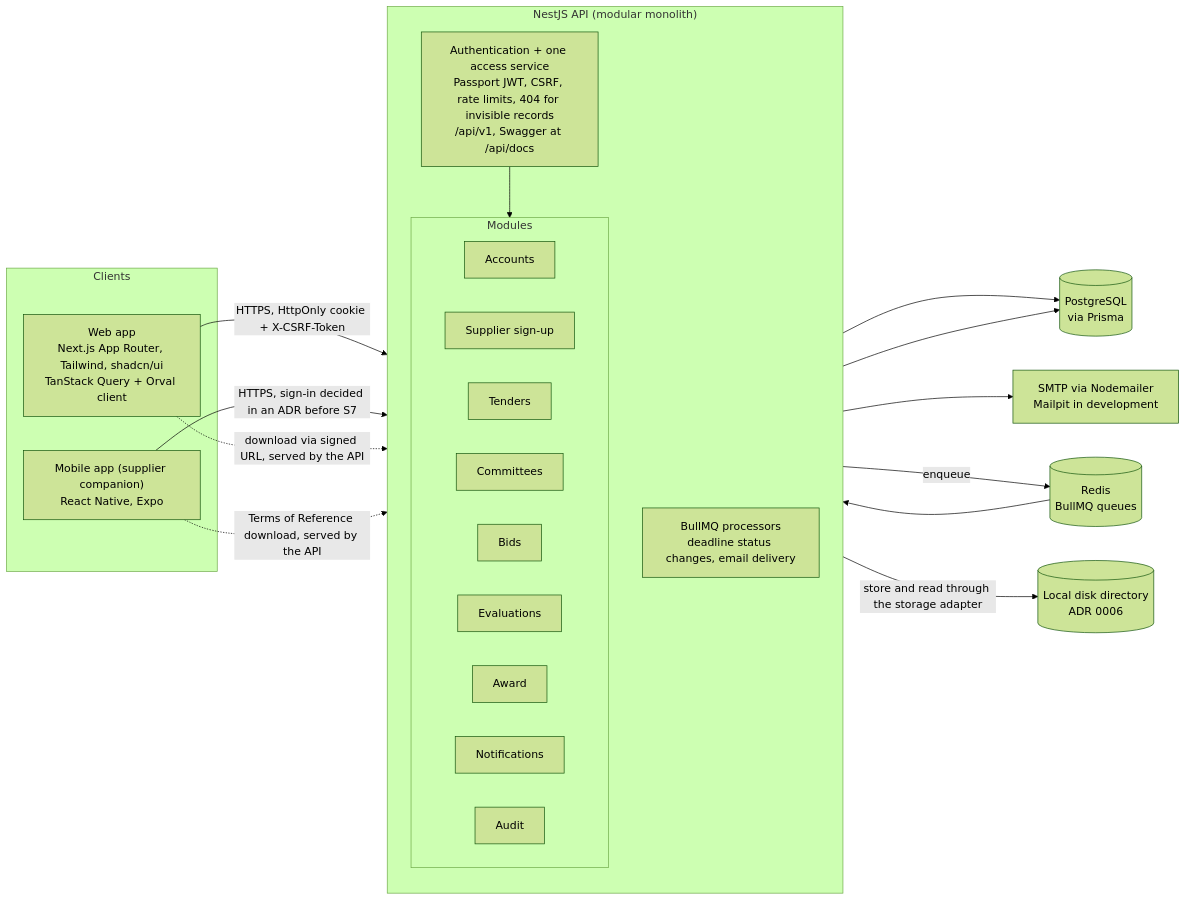
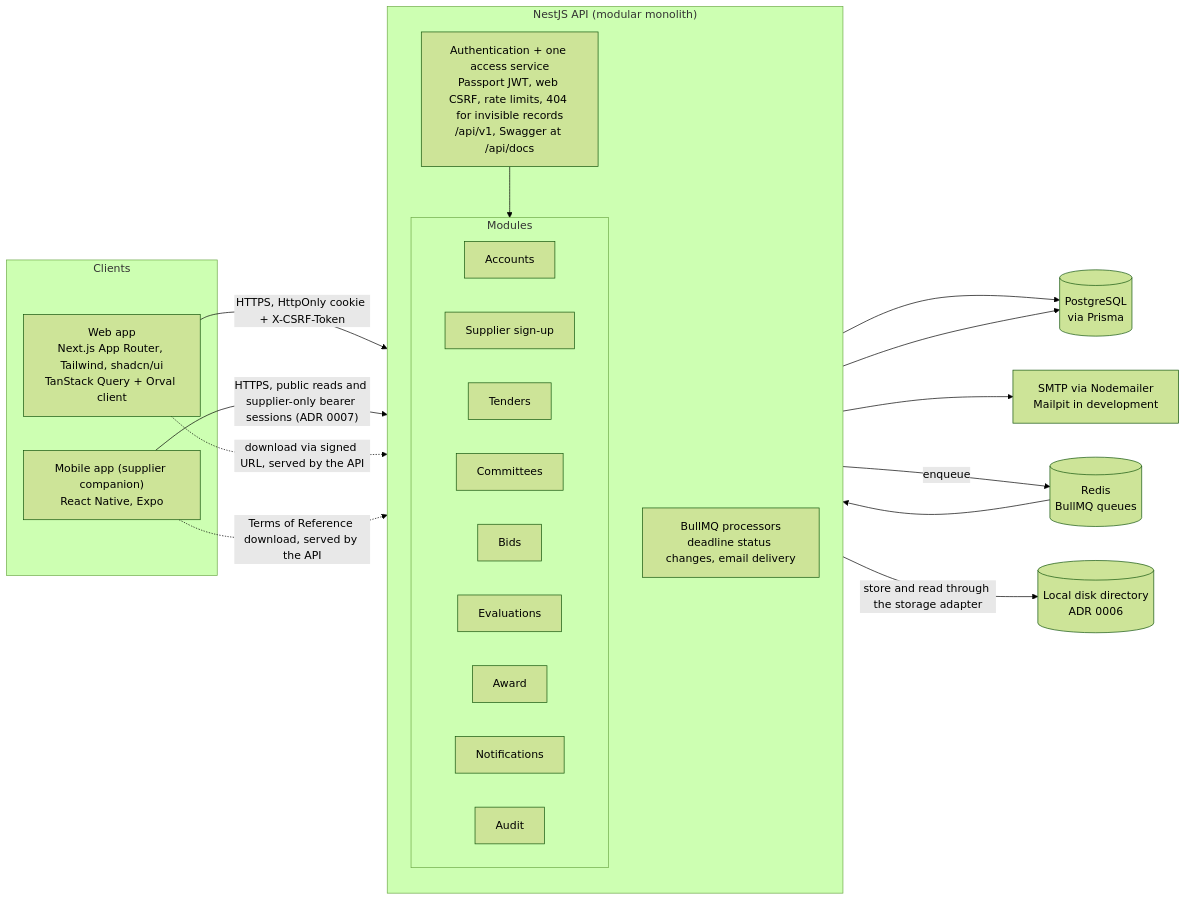
Before and after one commit to majedhmoud/b4f-akf-tender-supplier-management: the diagram in docs/05_ARCHITECTURE/ARCHITECTURE.md, drawn with Mermaid (forest theme). The commit also changed other lines of this file and 119 other files, not shown here.

````diff
--- a/docs/05_ARCHITECTURE/ARCHITECTURE.md
+++ b/docs/05_ARCHITECTURE/ARCHITECTURE.md
@@ -9,42 +9,42 @@
 ```mermaid
 flowchart LR
   subgraph Clients
     WEB["Web app<br/>Next.js App Router, Tailwind, shadcn/ui<br/>TanStack Query + Orval client"]
     MOB["Mobile app (supplier companion)<br/>React Native, Expo"]
   end
 
   subgraph API["NestJS API (modular monolith)"]
     direction TB
-    GUARD["Authentication + one access service<br/>Passport JWT, CSRF, rate limits, 404 for invisible records<br/>/api/v1, Swagger at /api/docs"]
+    GUARD["Authentication + one access service<br/>Passport JWT, web CSRF, rate limits, 404 for invisible records<br/>/api/v1, Swagger at /api/docs"]
     subgraph Modules
       direction LR
       M_ACC[Accounts]
       M_SIGN[Supplier sign-up]
       M_TEN[Tenders]
       M_COM[Committees]
       M_BID[Bids]
       M_EVA[Evaluations]
       M_AWD[Award]
       M_NOT[Notifications]
       M_AUD[Audit]
     end
     JOBS["BullMQ processors<br/>deadline status changes, email delivery"]
     GUARD --> Modules
   end
 
   DB[("PostgreSQL<br/>via Prisma")]
   REDIS[("Redis<br/>BullMQ queues")]
   FILES[("Local disk directory<br/>ADR 0006")]
   SMTP["SMTP via Nodemailer<br/>Mailpit in development"]
 
   WEB -- "HTTPS, HttpOnly cookie + X-CSRF-Token" --> GUARD
-  MOB -- "HTTPS, sign-in decided in an ADR before S7" --> GUARD
+  MOB -- "HTTPS, public reads and supplier-only bearer sessions (ADR 0007)" --> GUARD
   Modules --> DB
   Modules -- "enqueue" --> REDIS
   REDIS --> JOBS
   JOBS --> DB
   JOBS --> SMTP
   Modules -- "store and read through the storage adapter" --> FILES
   WEB -. "download via signed URL, served by the API" .-> GUARD
   MOB -. "Terms of Reference download, served by the API" .-> GUARD
 ```
````
